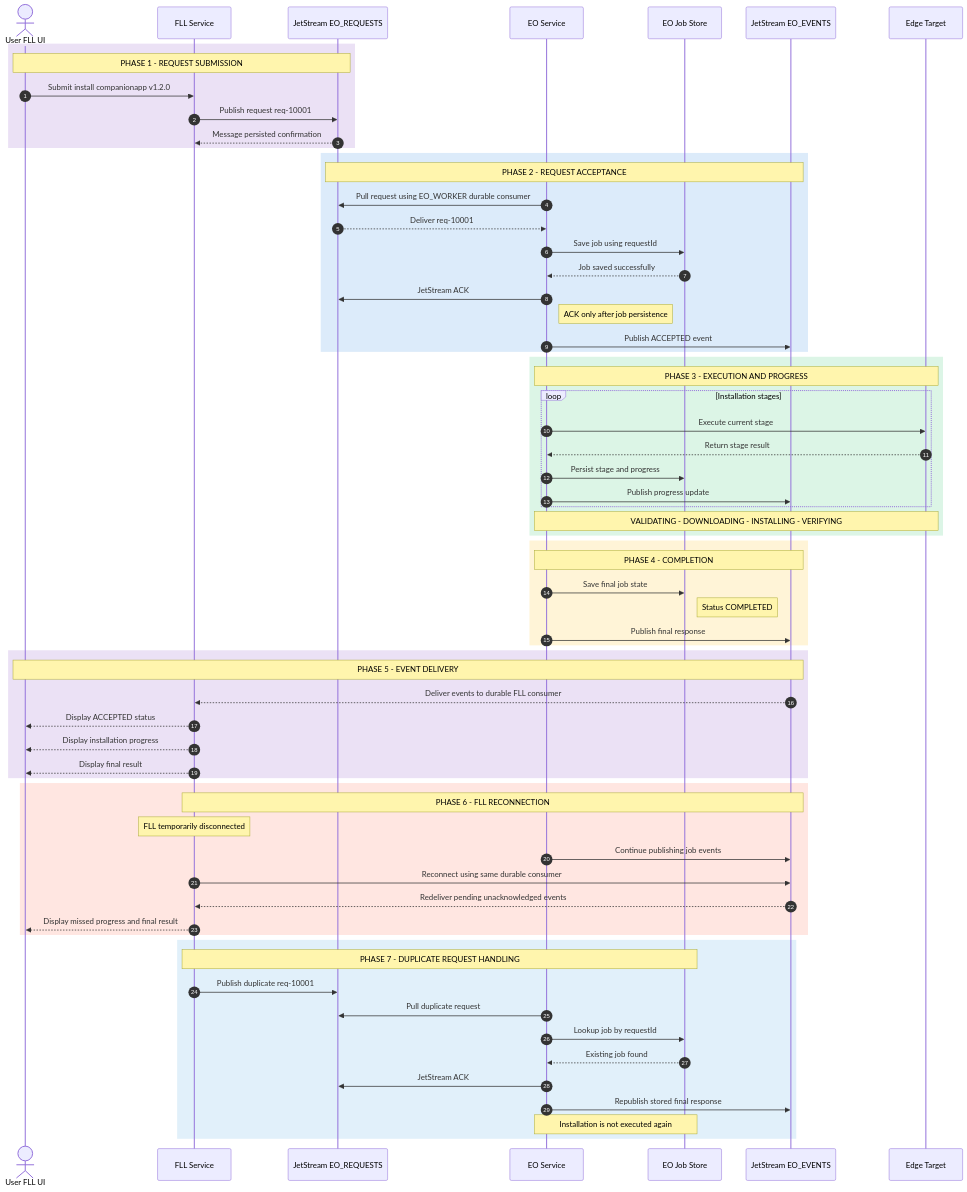
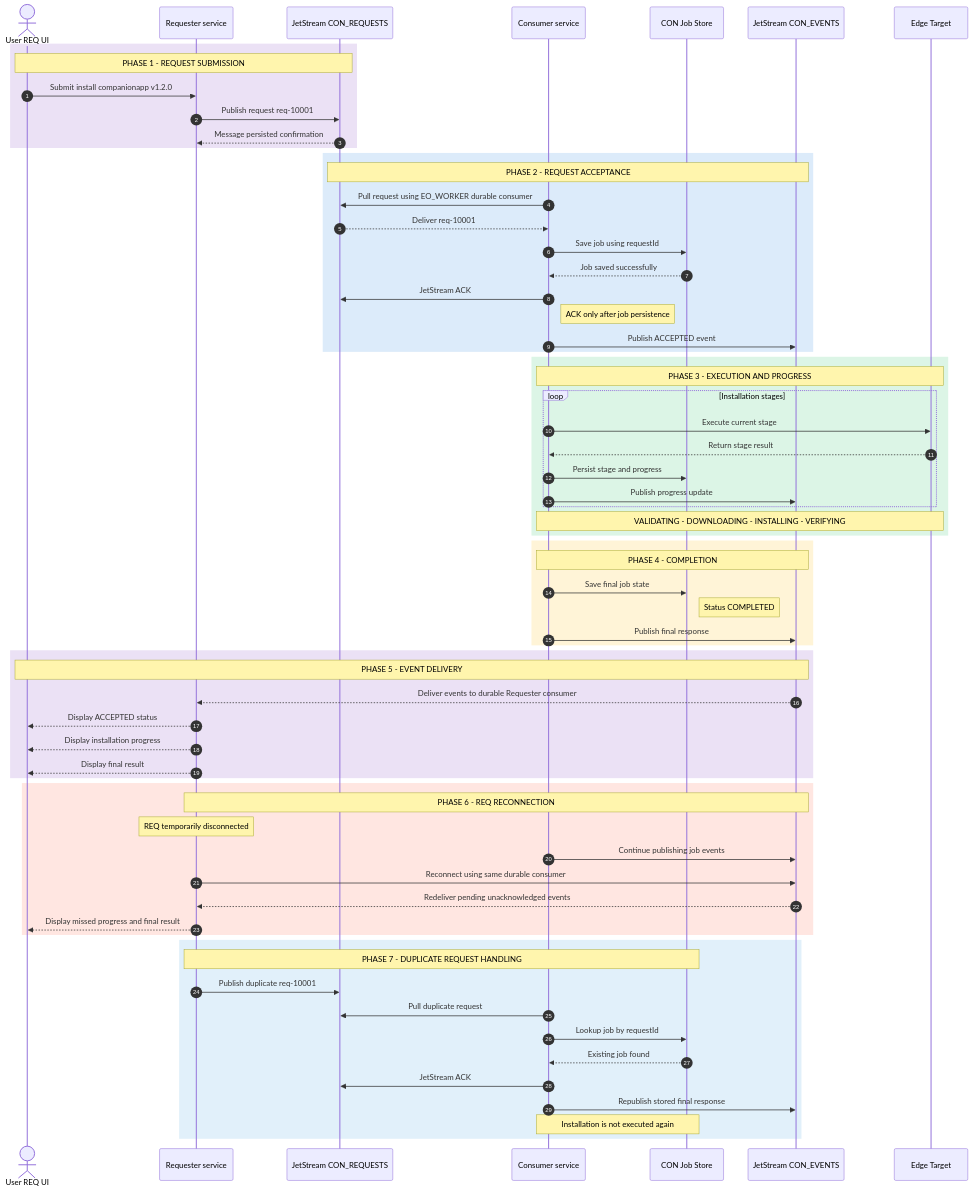
Before and after one commit to Yajoshi/go_Nats_streaming: the diagram in README.md, drawn with Mermaid. The commit also changed other lines of this file and 4 other files, not shown here.

````diff
--- a/README.md
+++ b/README.md
@@ -140,75 +140,75 @@
 ```mermaid
 sequenceDiagram
     autonumber
-    actor U as User FLL UI
-    participant F as FLL Service
-    participant R as JetStream EO_REQUESTS
-    participant E as EO Service
-    participant J as EO Job Store
-    participant S as JetStream EO_EVENTS
+    actor U as User REQ UI
+    participant F as Requester service
+    participant R as JetStream CON_REQUESTS
+    participant E as Consumer service
+    participant J as CON  Job Store
+    participant S as JetStream CON_EVENTS
     participant T as Edge Target
 
     rect rgb(235,225,245)
         Note over U,R: PHASE 1 - REQUEST SUBMISSION
         U->>F: Submit install companionapp v1.2.0
         F->>R: Publish request req-10001
         R-->>F: Message persisted confirmation
     end
 
     rect rgb(220,235,250)
         Note over R,S: PHASE 2 - REQUEST ACCEPTANCE
         E->>R: Pull request using EO_WORKER durable consumer
         R-->>E: Deliver req-10001
         E->>J: Save job using requestId
         J-->>E: Job saved successfully
         E->>R: JetStream ACK
         Note right of E: ACK only after job persistence
         E->>S: Publish ACCEPTED event
     end
 
     rect rgb(220,245,230)
         Note over E,T: PHASE 3 - EXECUTION AND PROGRESS
         loop Installation stages
             E->>T: Execute current stage
             T-->>E: Return stage result
             E->>J: Persist stage and progress
             E->>S: Publish progress update
         end
         Note over E,T: VALIDATING - DOWNLOADING - INSTALLING - VERIFYING
     end
 
     rect rgb(255,244,215)
         Note over E,S: PHASE 4 - COMPLETION
         E->>J: Save final job state
         Note right of J: Status COMPLETED
         E->>S: Publish final response
     end
 
     rect rgb(235,225,245)
         Note over S,U: PHASE 5 - EVENT DELIVERY
-        S-->>F: Deliver events to durable FLL consumer
+        S-->>F: Deliver events to durable Requester consumer
         F-->>U: Display ACCEPTED status
         F-->>U: Display installation progress
         F-->>U: Display final result
     end
 
     rect rgb(255,230,225)
-        Note over F,S: PHASE 6 - FLL RECONNECTION
-        Note over F: FLL temporarily disconnected
+        Note over F,S: PHASE 6 - REQ RECONNECTION
+        Note over F: REQ temporarily disconnected
         E->>S: Continue publishing job events
         F->>S: Reconnect using same durable consumer
         S-->>F: Redeliver pending unacknowledged events
         F-->>U: Display missed progress and final result
     end
 
     rect rgb(225,240,250)
         Note over F,J: PHASE 7 - DUPLICATE REQUEST HANDLING
         F->>R: Publish duplicate req-10001
         E->>R: Pull duplicate request
         E->>J: Lookup job by requestId
         J-->>E: Existing job found
         E->>R: JetStream ACK
         E->>S: Republish stored final response
         Note over E,J: Installation is not executed again
     end
 ```
````
